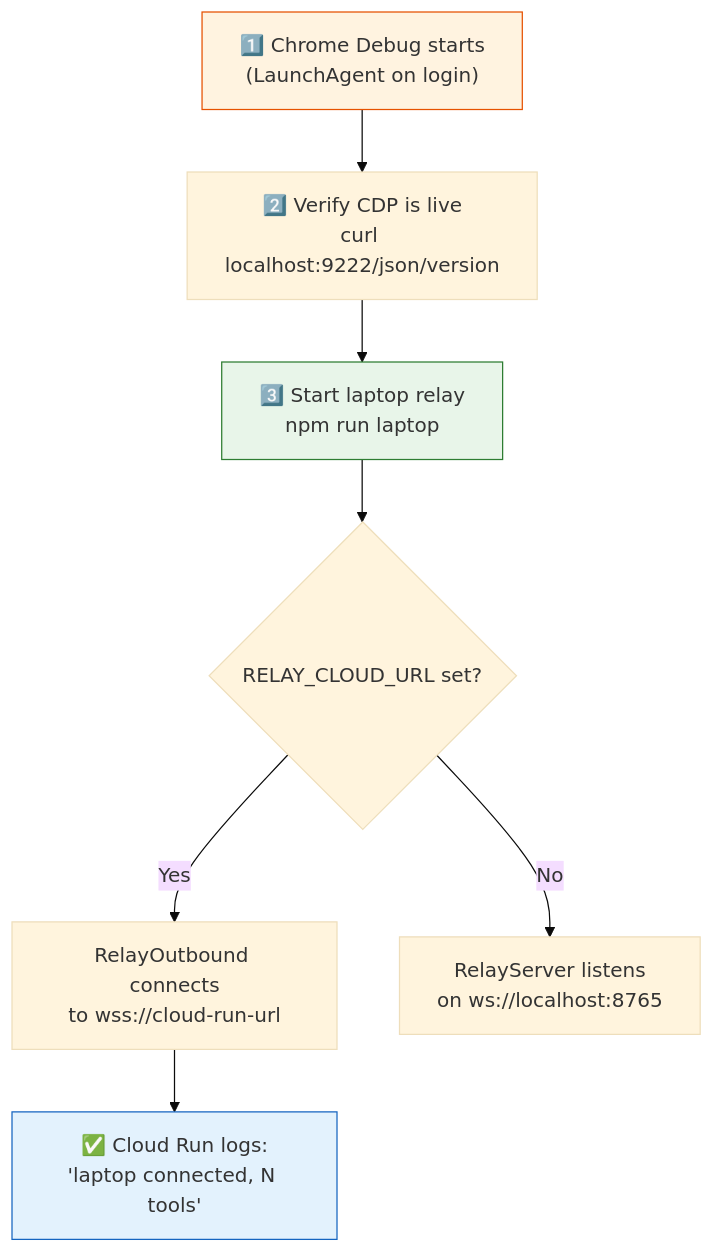
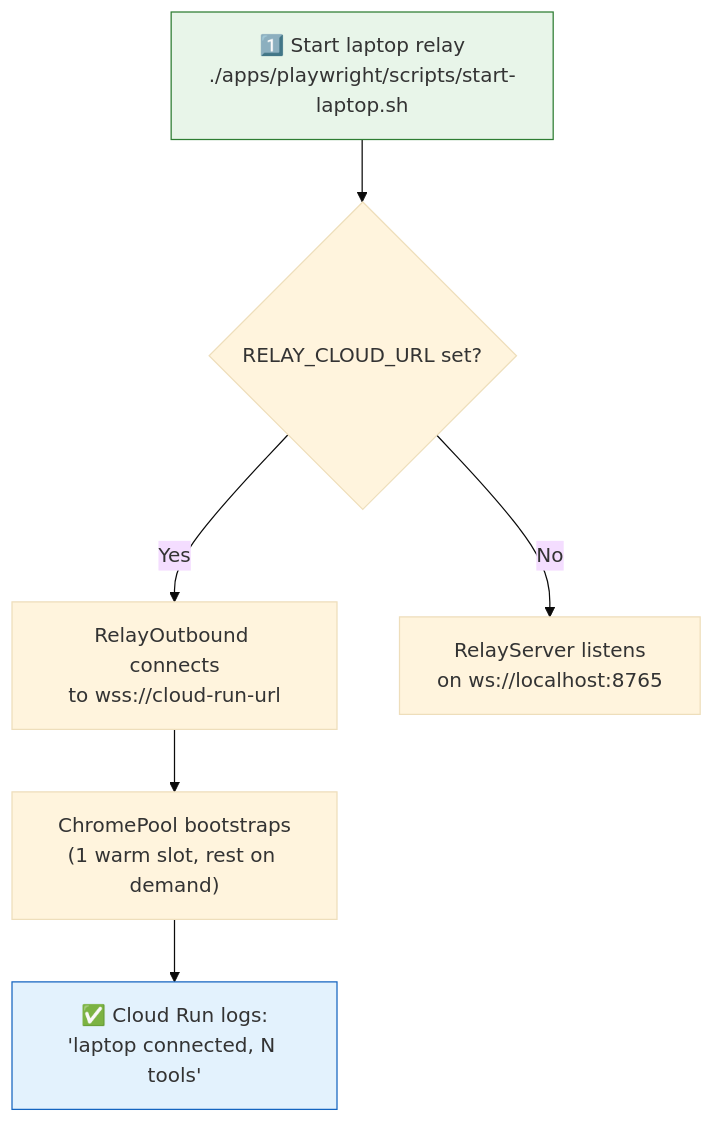
Before and after one commit to rohitsingh30/shofferAi: the third of 3 diagrams in docs/DEPLOYMENT.md, drawn with Mermaid (base theme). The commit also changed other lines of this file and 9 other files, not shown here.

First line of the commit message:
refactor: lazy ChromePool + OS-assigned ports, no manual Chrome needed

````diff
--- a/docs/DEPLOYMENT.md
+++ b/docs/DEPLOYMENT.md
@@ -131,13 +135,11 @@
 ```mermaid
 graph TD
-    A["1️⃣ Chrome Debug starts<br/>(LaunchAgent on login)"] --> B["2️⃣ Verify CDP is live<br/>curl localhost:9222/json/version"]
-    B --> C["3️⃣ Start laptop relay<br/>npm run laptop"]
-    C --> D{"RELAY_CLOUD_URL set?"}
-    D -->|"Yes"| E["RelayOutbound connects<br/>to wss://cloud-run-url"]
-    D -->|"No"| F["RelayServer listens<br/>on ws://localhost:8765"]
-    E --> G["✅ Cloud Run logs:<br/>'laptop connected, N tools'"]
+    A["1️⃣ Start laptop relay<br/>./apps/playwright/scripts/start-laptop.sh"] --> B{"RELAY_CLOUD_URL set?"}
+    B -->|"Yes"| C["RelayOutbound connects<br/>to wss://cloud-run-url"]
+    B -->|"No"| D["RelayServer listens<br/>on ws://localhost:8765"]
+    C --> E["ChromePool bootstraps<br/>(1 warm slot, rest on demand)"]
+    E --> F["✅ Cloud Run logs:<br/>'laptop connected, N tools'"]
     
-    style A fill:#fff3e0,stroke:#e65100
-    style C fill:#e8f5e9,stroke:#2e7d32
-    style G fill:#e3f2fd,stroke:#1565c0
+    style A fill:#e8f5e9,stroke:#2e7d32
+    style F fill:#e3f2fd,stroke:#1565c0
 ```
````
